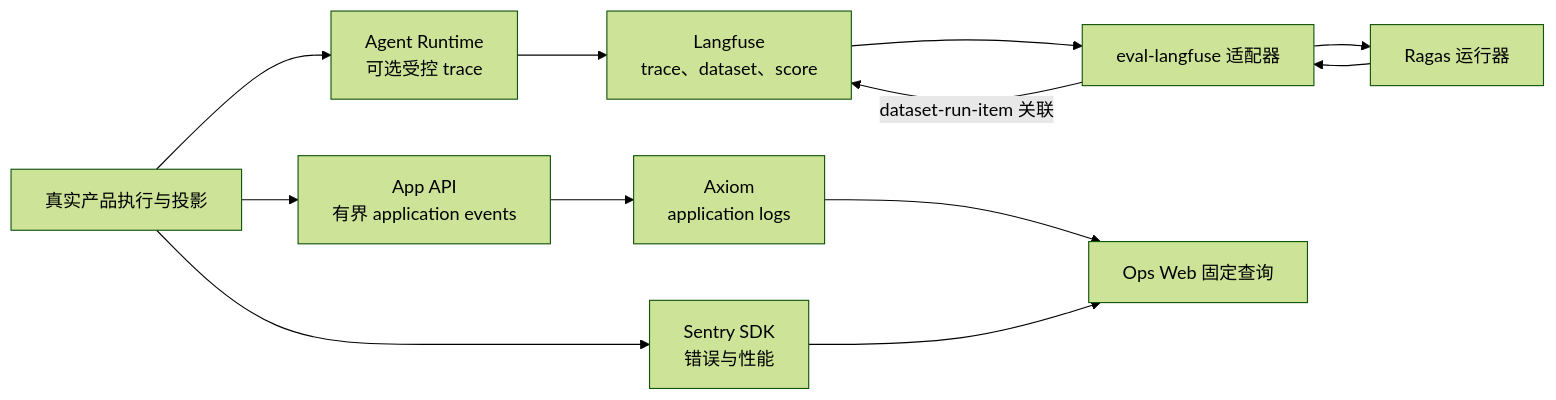
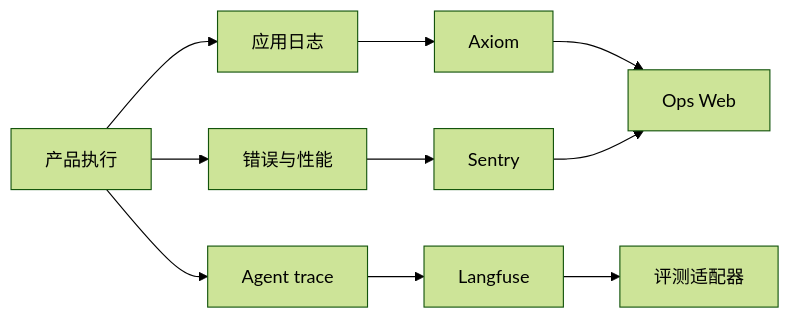
Before and after one commit to Luxfeier22331/campus-agent-main: the fifth of 5 diagrams in docs/architecture/flows.md, drawn with Mermaid (forest theme). The commit also changed other lines of this file and 576 other files, not shown here.

````diff
--- a/docs/architecture/flows.md
+++ b/docs/architecture/flows.md
@@ -120,21 +99,17 @@
 ```mermaid
 flowchart LR
-  Runtime["真实产品执行与投影"]
-  AppLogs["App API\n有界 application events"]
-  AgentTrace["Agent Runtime\n可选受控 trace"]
-  Axiom["Axiom\napplication logs"]
-  Sentry["Sentry SDK\n错误与性能"]
-  Langfuse["Langfuse\ntrace、dataset、score"]
-  Adapter["eval-langfuse 适配器"]
-  Ragas["Ragas 运行器"]
-  Ops["Ops Web 固定查询"]
+  Runtime[产品执行]
+  Logs[应用日志]
+  Errors[错误与性能]
+  Trace[Agent trace]
+  Axiom[Axiom]
+  Sentry[Sentry]
+  Langfuse[Langfuse]
+  Ops[Ops Web]
+  Eval[评测适配器]
 
-  Runtime --> AppLogs --> Axiom
-  Runtime --> AgentTrace --> Langfuse
-  Runtime --> Sentry
-  Axiom --> Ops
-  Sentry --> Ops
-  Langfuse --> Adapter
-  Adapter -->|dataset-run-item 关联| Langfuse
-  Adapter --> Ragas --> Adapter
+  Runtime --> Logs --> Axiom --> Ops
+  Runtime --> Errors --> Sentry --> Ops
+  Runtime --> Trace --> Langfuse
+  Langfuse --> Eval
 ```
````
